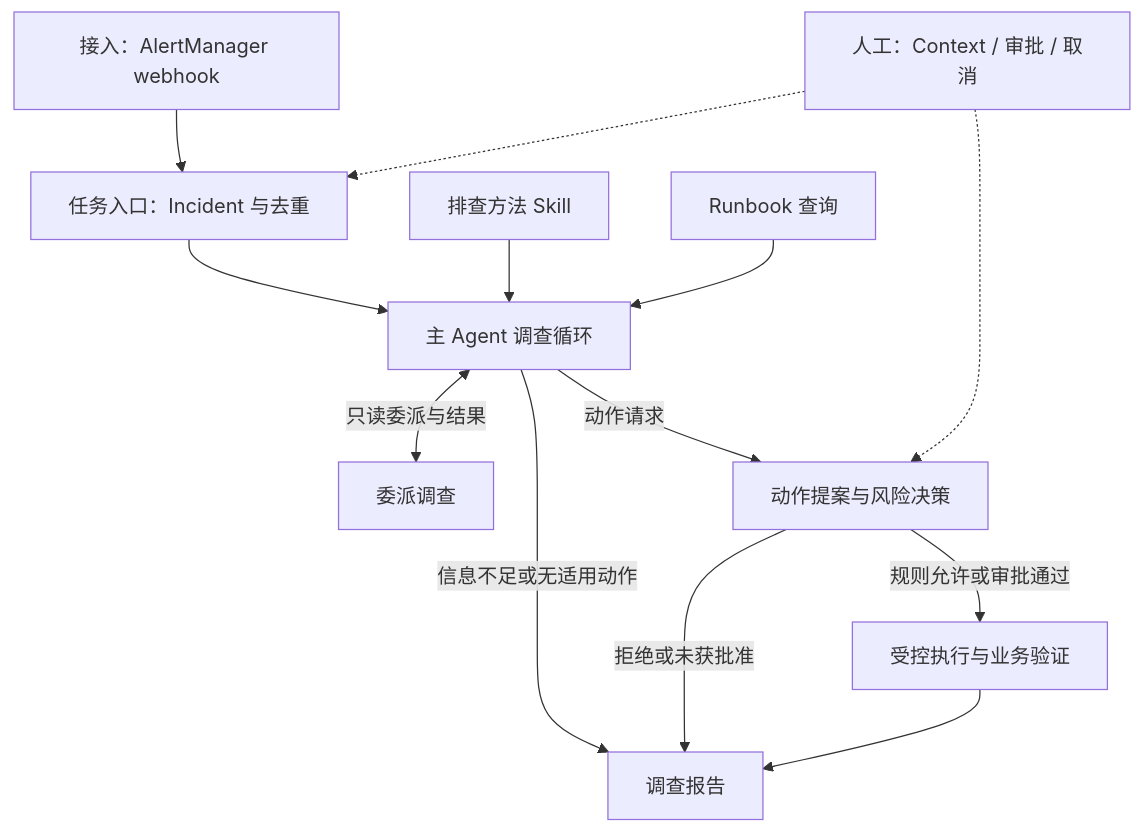
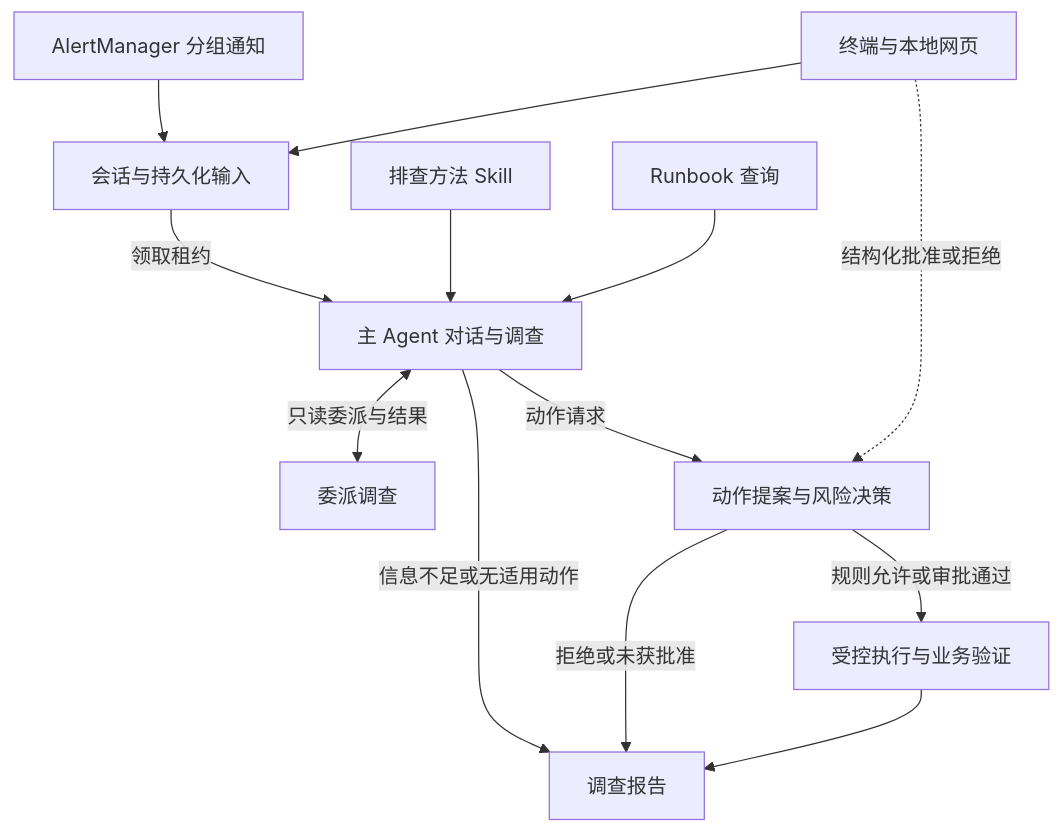
One commit to ZDAN-OvO/vigil-ops-agent changed the diagram in ARCHITECTURE.md. Above: the diagram before and after it, drawn with Mermaid. The commit also changed other lines of this file and 2 other files, not shown here.

````diff
--- a/ARCHITECTURE.md
+++ b/ARCHITECTURE.md
@@ -15,15 +15,15 @@
 ```mermaid
 flowchart TD
-    A[接入：AlertManager webhook] --> B[任务入口：Incident 与去重]
-    B --> C[主 Agent 调查循环]
+    A[AlertManager 分组通知] --> B[会话与持久化输入]
+    H[终端与本地网页] --> B
+    B -->|领取租约| C[主 Agent 对话与调查]
     S[排查方法 Skill] --> C
     K[Runbook 查询] --> C
     C <-->|只读委派与结果| Q[委派调查]
     C -->|动作请求| D[动作提案与风险决策]
     C -->|信息不足或无适用动作| R[调查报告]
     D -->|规则允许或审批通过| E[受控执行与业务验证]
     D -->|拒绝或未获批准| R
     E --> R
-    H[人工：Context / 审批 / 取消] -.-> B
-    H -.-> D
+    H -.->|结构化批准或拒绝| D
 ```
````
